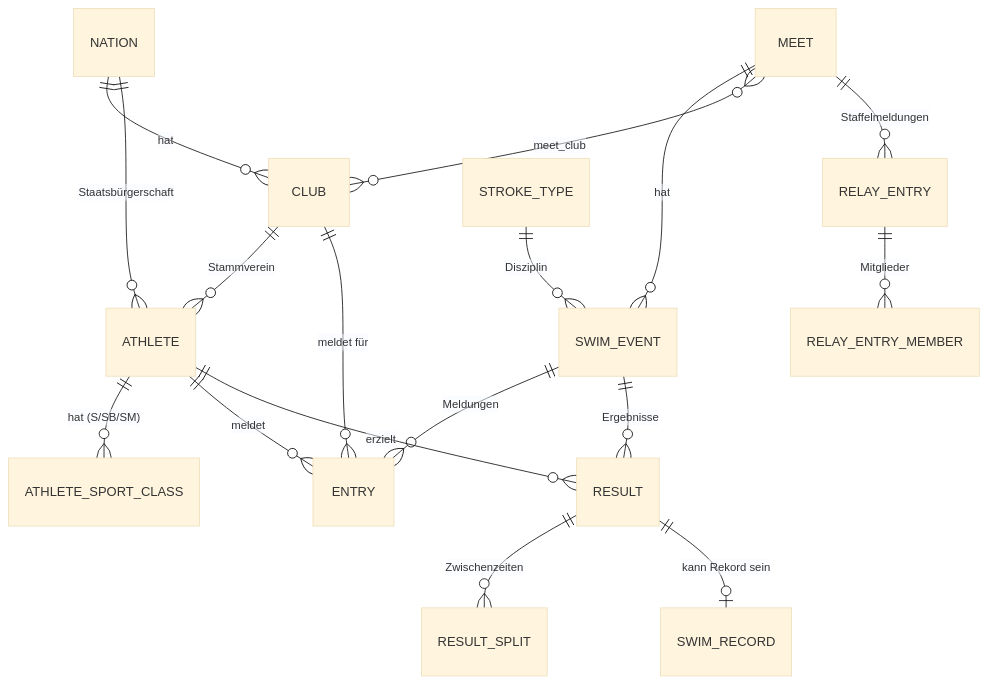
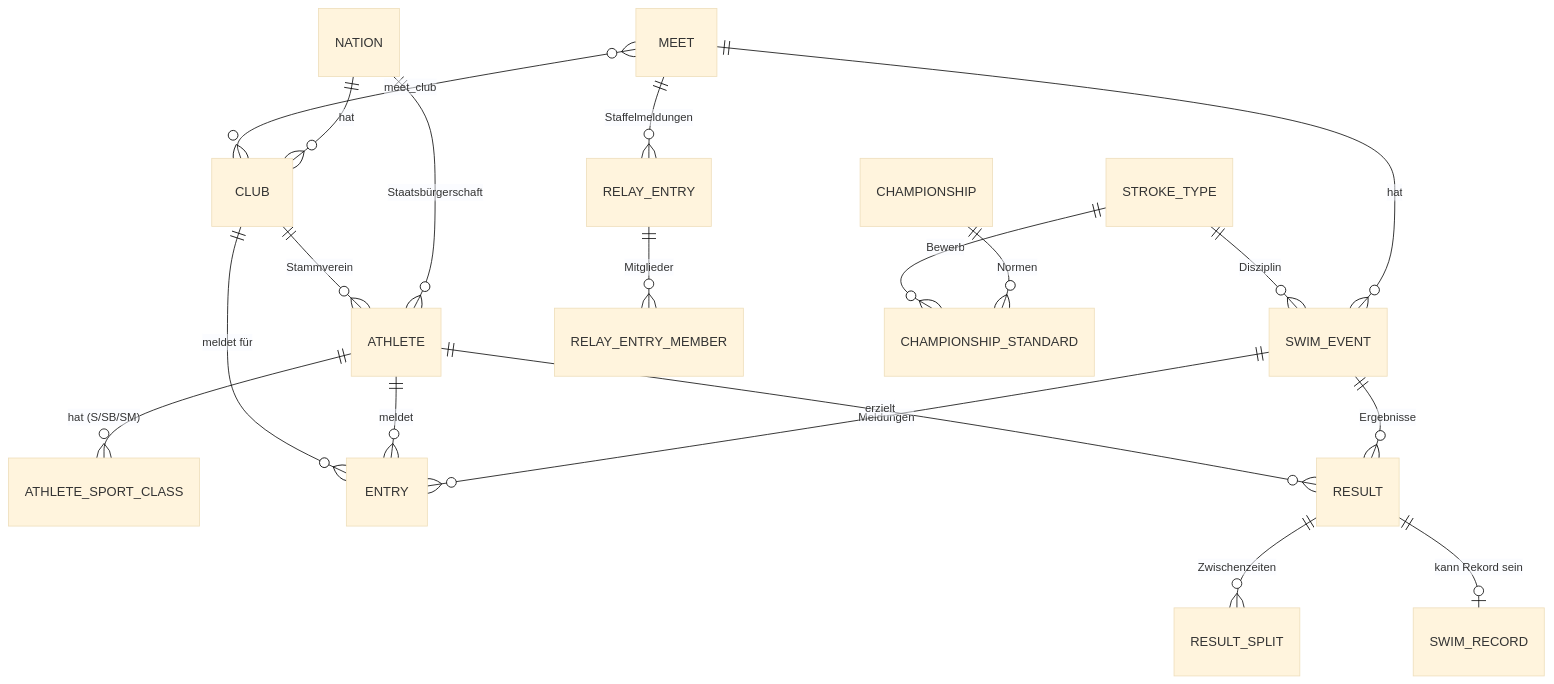
The diagram in docs/data-model.md (urshar/para-swimming), drawn with Mermaid (base theme) before and after one commit. The commit also changed other lines of this file and 23 other files, not shown here.

````diff
--- a/docs/data-model.md
+++ b/docs/data-model.md
@@ -22,19 +22,21 @@
 ```mermaid
 erDiagram
     NATION ||--o{ CLUB: "hat"
     NATION ||--o{ ATHLETE: "Staatsbürgerschaft"
     CLUB ||--o{ ATHLETE: "Stammverein"
     ATHLETE ||--o{ ATHLETE_SPORT_CLASS: "hat (S/SB/SM)"
     MEET ||--o{ SWIM_EVENT: "hat"
     MEET }o--o{ CLUB: "meet_club"
     SWIM_EVENT ||--o{ ENTRY: "Meldungen"
     SWIM_EVENT ||--o{ RESULT: "Ergebnisse"
     ATHLETE ||--o{ ENTRY: "meldet"
     ATHLETE ||--o{ RESULT: "erzielt"
     CLUB ||--o{ ENTRY: "meldet für"
     RESULT ||--o{ RESULT_SPLIT: "Zwischenzeiten"
     MEET ||--o{ RELAY_ENTRY: "Staffelmeldungen"
     RELAY_ENTRY ||--o{ RELAY_ENTRY_MEMBER: "Mitglieder"
     STROKE_TYPE ||--o{ SWIM_EVENT: "Disziplin"
     RESULT ||--o| SWIM_RECORD: "kann Rekord sein"
+    CHAMPIONSHIP ||--o{ CHAMPIONSHIP_STANDARD: "Normen"
+    STROKE_TYPE ||--o{ CHAMPIONSHIP_STANDARD: "Bewerb"
 ```
````
